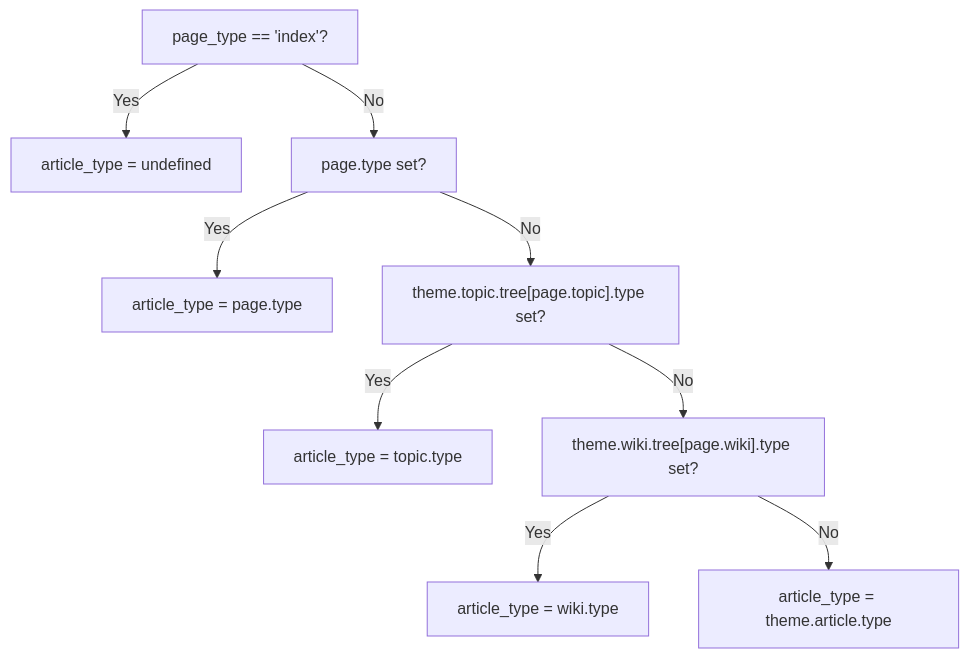
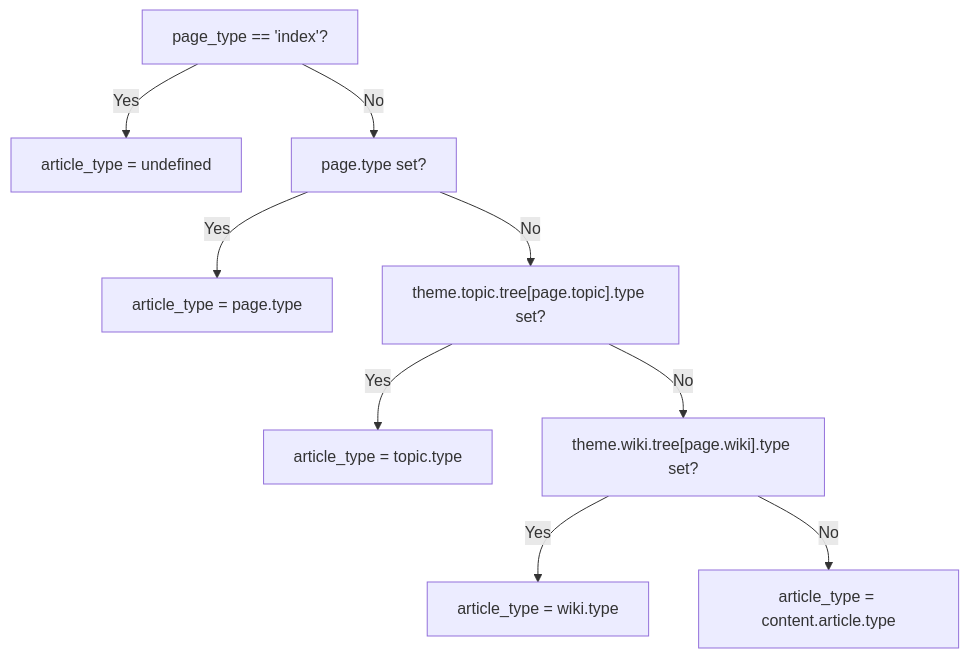
Before and after one commit to xaoxuu/hexo-theme-stellar: the third of 5 diagrams in docs/knowledge/02-布局系统/page-templates-routing.md, drawn with Mermaid. The commit also changed other lines of this file and 50 other files, not shown here.

````diff
--- a/docs/knowledge/02-布局系统/page-templates-routing.md
+++ b/docs/knowledge/02-布局系统/page-templates-routing.md
@@ -126,11 +126,11 @@
 ```mermaid
 flowchart TD
     A["page_type == 'index'?"] -->|Yes| B["article_type = undefined"]
     A -->|No| C["page.type set?"]
     C -->|Yes| D["article_type = page.type"]
     C -->|No| E["theme.topic.tree[page.topic].type set?"]
     E -->|Yes| F["article_type = topic.type"]
     E -->|No| G["theme.wiki.tree[page.wiki].type set?"]
     G -->|Yes| H["article_type = wiki.type"]
-    G -->|No| I["article_type = theme.article.type"]
+    G -->|No| I["article_type = content.article.type"]
 ```
````
